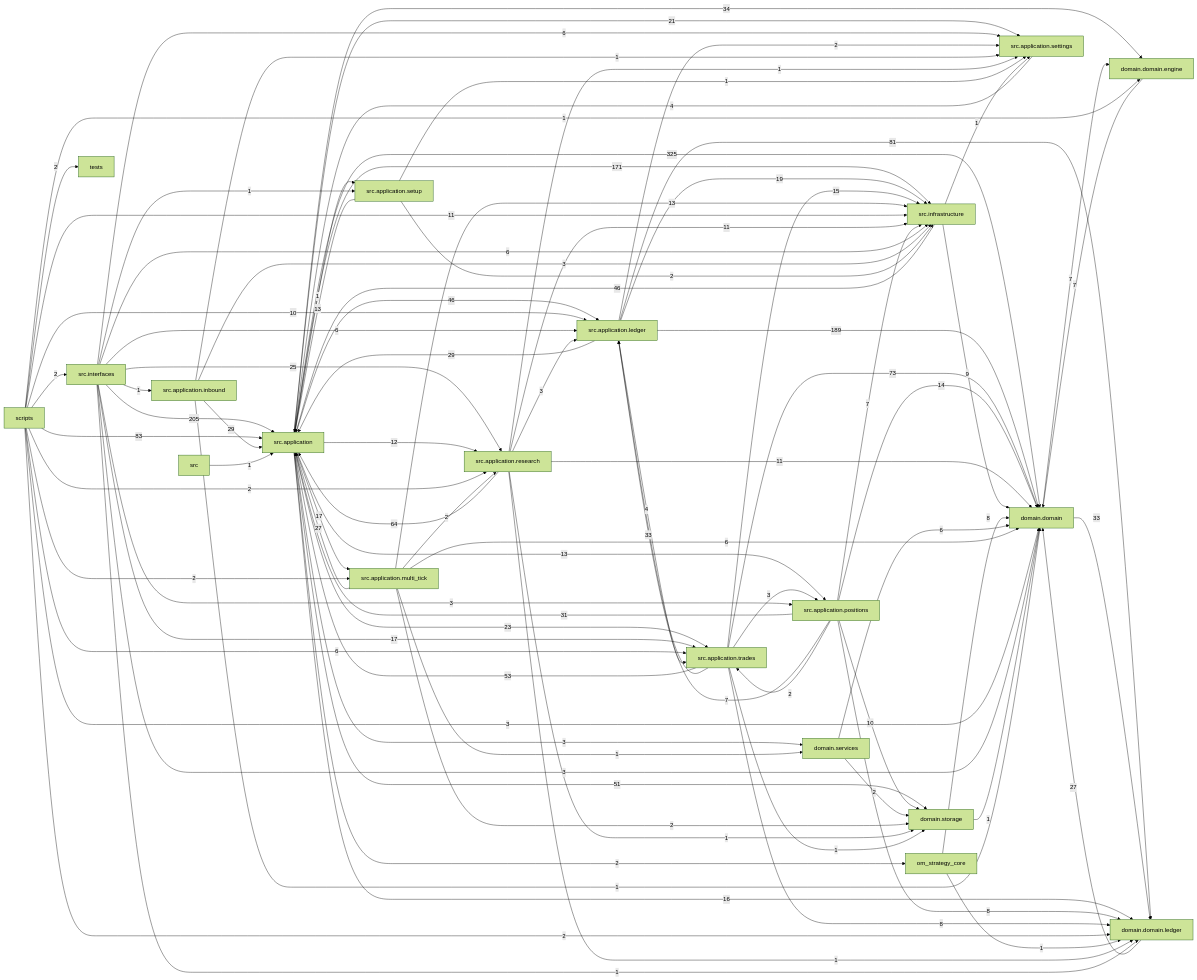
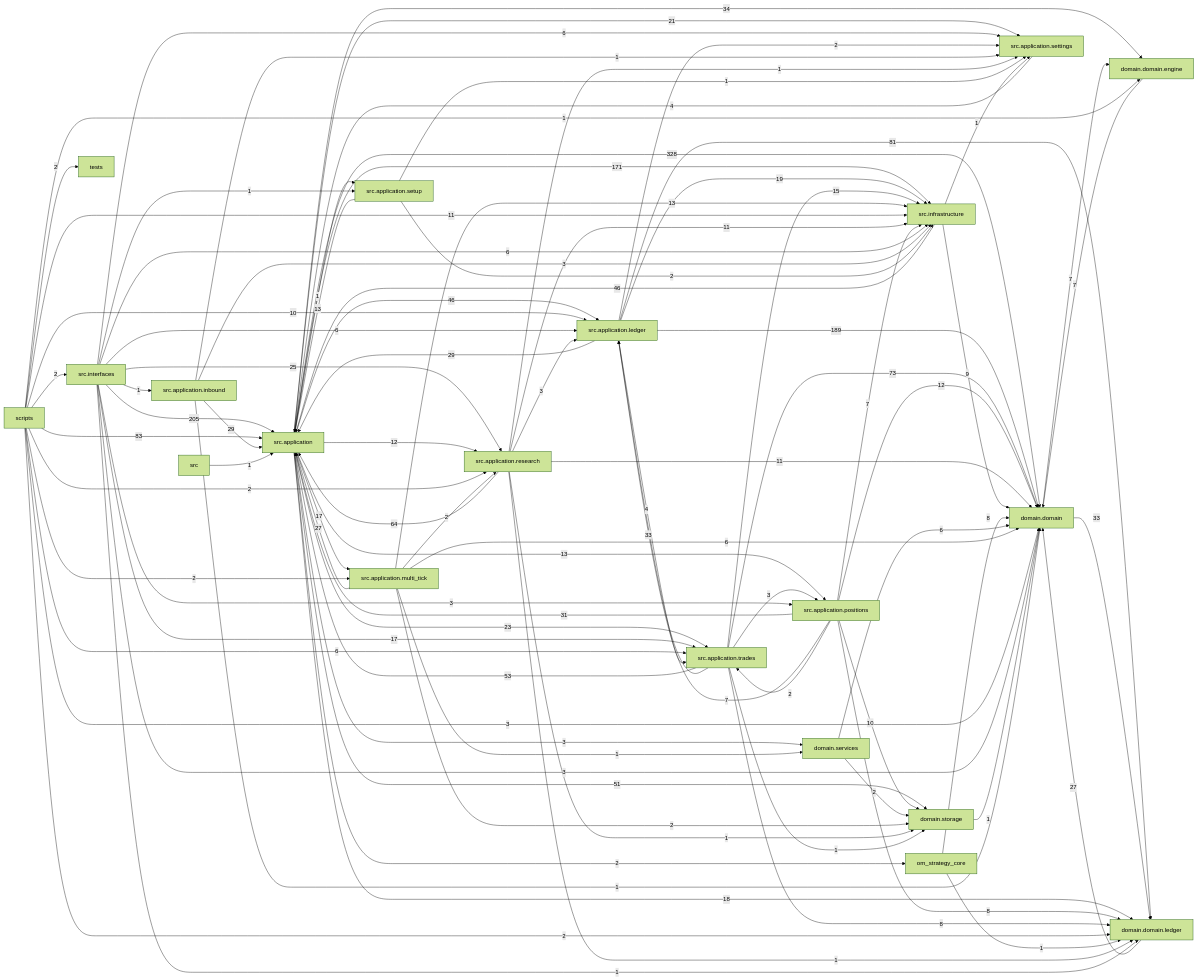
The diagram in docs/dependency_graph.mmd (liuxie066/options-monitor), drawn with Mermaid (forest theme) before and after one commit. The commit also changed 24 other files, not shown here.

```diff
--- a/docs/dependency_graph.mmd
+++ b/docs/dependency_graph.mmd
@@ -1,91 +1,91 @@
 flowchart LR
-  src_application["src.application"] -->|325| domain_domain["domain.domain"]
+  src_application["src.application"] -->|328| domain_domain["domain.domain"]
   src_interfaces["src.interfaces"] -->|205| src_application["src.application"]
   src_application_ledger["src.application.ledger"] -->|189| domain_domain["domain.domain"]
   src_application["src.application"] -->|171| src_infrastructure["src.infrastructure"]
   scripts["scripts"] -->|83| src_application["src.application"]
   src_application_ledger["src.application.ledger"] -->|81| domain_domain_ledger["domain.domain.ledger"]
   src_application_trades["src.application.trades"] -->|73| domain_domain["domain.domain"]
   src_application_research["src.application.research"] -->|64| src_application["src.application"]
   src_application_trades["src.application.trades"] -->|53| src_application["src.application"]
   src_application["src.application"] -->|51| domain_storage["domain.storage"]
   src_application["src.application"] -->|46| src_application_ledger["src.application.ledger"]
   src_infrastructure["src.infrastructure"] -->|46| src_application["src.application"]
   src_application["src.application"] -->|34| domain_domain_engine["domain.domain.engine"]
   domain_domain["domain.domain"] -->|33| domain_domain_ledger["domain.domain.ledger"]
   src_application_trades["src.application.trades"] -->|33| src_application_ledger["src.application.ledger"]
   src_application_positions["src.application.positions"] -->|31| src_application["src.application"]
   src_application_inbound["src.application.inbound"] -->|29| src_application["src.application"]
   src_application_ledger["src.application.ledger"] -->|29| src_application["src.application"]
   domain_domain_ledger["domain.domain.ledger"] -->|27| domain_domain["domain.domain"]
   src_application_multi_tick["src.application.multi_tick"] -->|27| src_application["src.application"]
   src_interfaces["src.interfaces"] -->|25| src_application_research["src.application.research"]
   src_application["src.application"] -->|23| src_application_trades["src.application.trades"]
   src_application["src.application"] -->|21| src_application_settings["src.application.settings"]
   src_application_ledger["src.application.ledger"] -->|19| src_infrastructure["src.infrastructure"]
+  src_application["src.application"] -->|18| domain_domain_ledger["domain.domain.ledger"]
   src_application["src.application"] -->|17| src_application_multi_tick["src.application.multi_tick"]
   src_interfaces["src.interfaces"] -->|17| src_application_trades["src.application.trades"]
-  src_application["src.application"] -->|16| domain_domain_ledger["domain.domain.ledger"]
   src_application_trades["src.application.trades"] -->|15| src_infrastructure["src.infrastructure"]
-  src_application_positions["src.application.positions"] -->|14| domain_domain["domain.domain"]
   src_application["src.application"] -->|13| src_application_positions["src.application.positions"]
   src_application_multi_tick["src.application.multi_tick"] -->|13| src_infrastructure["src.infrastructure"]
   src_application_setup["src.application.setup"] -->|13| src_application["src.application"]
   src_application["src.application"] -->|12| src_application_research["src.application.research"]
+  src_application_positions["src.application.positions"] -->|12| domain_domain["domain.domain"]
   scripts["scripts"] -->|11| src_infrastructure["src.infrastructure"]
   src_application_research["src.application.research"] -->|11| domain_domain["domain.domain"]
   src_application_research["src.application.research"] -->|11| src_infrastructure["src.infrastructure"]
   scripts["scripts"] -->|10| src_application_ledger["src.application.ledger"]
   src_application_positions["src.application.positions"] -->|10| domain_storage["domain.storage"]
   src_infrastructure["src.infrastructure"] -->|9| domain_domain["domain.domain"]
   om_strategy_core["om_strategy_core"] -->|8| domain_domain["domain.domain"]
   src_application_positions["src.application.positions"] -->|8| domain_domain_ledger["domain.domain.ledger"]
   src_application_trades["src.application.trades"] -->|8| domain_domain_ledger["domain.domain.ledger"]
   domain_domain["domain.domain"] -->|7| domain_domain_engine["domain.domain.engine"]
   domain_domain_engine["domain.domain.engine"] -->|7| domain_domain["domain.domain"]
   src_application_positions["src.application.positions"] -->|7| src_application_ledger["src.application.ledger"]
   src_application_positions["src.application.positions"] -->|7| src_infrastructure["src.infrastructure"]
   domain_services["domain.services"] -->|6| domain_domain["domain.domain"]
   scripts["scripts"] -->|6| src_application_trades["src.application.trades"]
   src_application_multi_tick["src.application.multi_tick"] -->|6| domain_domain["domain.domain"]
   src_interfaces["src.interfaces"] -->|6| src_application_ledger["src.application.ledger"]
   src_interfaces["src.interfaces"] -->|6| src_application_settings["src.application.settings"]
   src_interfaces["src.interfaces"] -->|6| src_infrastructure["src.infrastructure"]
   src_application_ledger["src.application.ledger"] -->|4| src_application_trades["src.application.trades"]
   src_application_settings["src.application.settings"] -->|4| src_application["src.application"]
   scripts["scripts"] -->|3| domain_domain["domain.domain"]
   src_application["src.application"] -->|3| domain_services["domain.services"]
   src_application_inbound["src.application.inbound"] -->|3| src_infrastructure["src.infrastructure"]
   src_application_research["src.application.research"] -->|3| src_application_ledger["src.application.ledger"]
   src_application_trades["src.application.trades"] -->|3| src_application_positions["src.application.positions"]
   src_interfaces["src.interfaces"] -->|3| domain_domain["domain.domain"]
   src_interfaces["src.interfaces"] -->|3| src_application_positions["src.application.positions"]
   domain_services["domain.services"] -->|2| domain_storage["domain.storage"]
   scripts["scripts"] -->|2| domain_domain_ledger["domain.domain.ledger"]
   scripts["scripts"] -->|2| src_application_multi_tick["src.application.multi_tick"]
   scripts["scripts"] -->|2| src_application_research["src.application.research"]
   scripts["scripts"] -->|2| src_interfaces["src.interfaces"]
   scripts["scripts"] -->|2| tests["tests"]
   src_application["src.application"] -->|2| om_strategy_core["om_strategy_core"]
   src_application_ledger["src.application.ledger"] -->|2| src_application_settings["src.application.settings"]
   src_application_multi_tick["src.application.multi_tick"] -->|2| domain_storage["domain.storage"]
   src_application_multi_tick["src.application.multi_tick"] -->|2| src_application_research["src.application.research"]
   src_application_positions["src.application.positions"] -->|2| src_application_trades["src.application.trades"]
   src_application_setup["src.application.setup"] -->|2| src_infrastructure["src.infrastructure"]
   domain_storage["domain.storage"] -->|1| domain_domain["domain.domain"]
   om_strategy_core["om_strategy_core"] -->|1| domain_domain_ledger["domain.domain.ledger"]
   scripts["scripts"] -->|1| domain_domain_engine["domain.domain.engine"]
   src["src"] -->|1| src_application["src.application"]
   src_application["src.application"] -->|1| src_application_setup["src.application.setup"]
   src_application_inbound["src.application.inbound"] -->|1| domain_domain["domain.domain"]
   src_application_inbound["src.application.inbound"] -->|1| src_application_settings["src.application.settings"]
   src_application_multi_tick["src.application.multi_tick"] -->|1| domain_services["domain.services"]
   src_application_research["src.application.research"] -->|1| domain_domain_ledger["domain.domain.ledger"]
   src_application_research["src.application.research"] -->|1| domain_storage["domain.storage"]
   src_application_research["src.application.research"] -->|1| src_application_settings["src.application.settings"]
   src_application_setup["src.application.setup"] -->|1| src_application_settings["src.application.settings"]
   src_application_trades["src.application.trades"] -->|1| domain_storage["domain.storage"]
   src_infrastructure["src.infrastructure"] -->|1| src_application_settings["src.application.settings"]
   src_interfaces["src.interfaces"] -->|1| domain_domain_ledger["domain.domain.ledger"]
   src_interfaces["src.interfaces"] -->|1| src_application_inbound["src.application.inbound"]
   src_interfaces["src.interfaces"] -->|1| src_application_setup["src.application.setup"]
```
